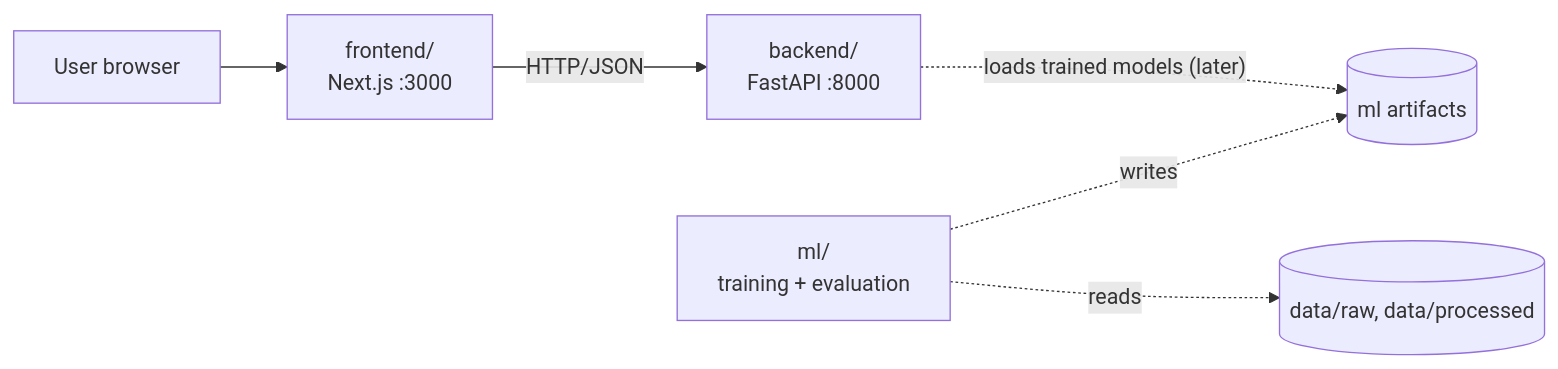
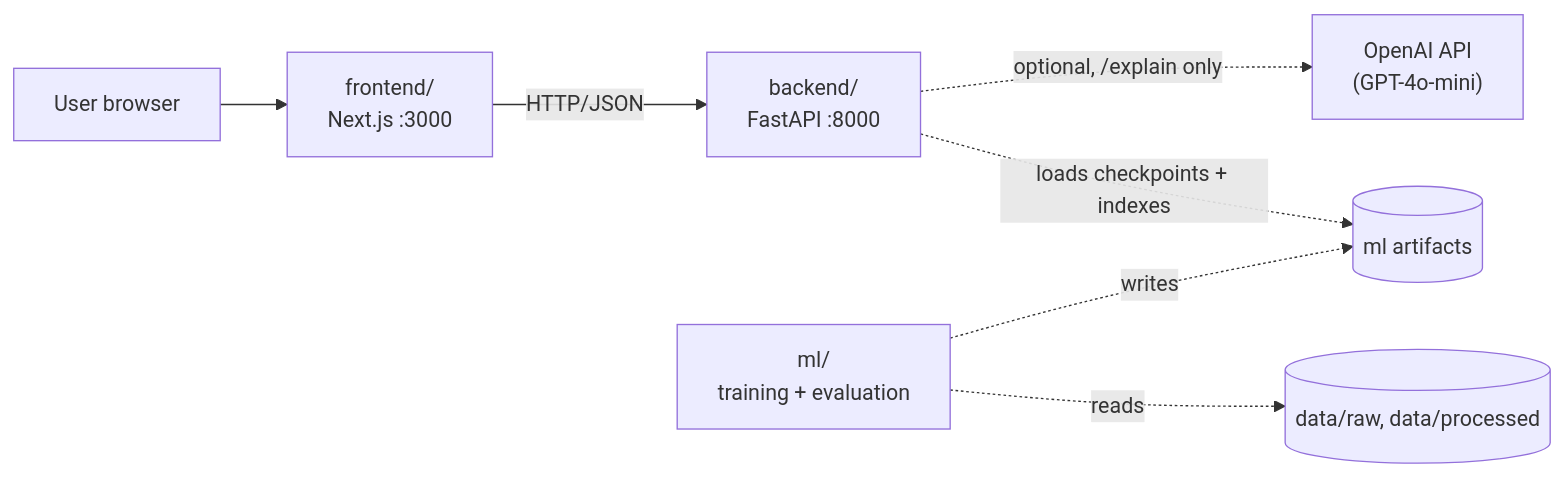
The first of 2 diagrams in docs/ARCHITECTURE.md (Vinujen1/RecallIQ-Final), drawn with Mermaid before and after one commit. The commit also changed other lines of this file and 56 other files, not shown here.

````diff
--- a/docs/ARCHITECTURE.md
+++ b/docs/ARCHITECTURE.md
@@ -9,8 +9,9 @@
 ```mermaid
 flowchart LR
     U[User browser] --> FE["frontend/<br/>Next.js :3000"]
     FE -- "HTTP/JSON" --> BE["backend/<br/>FastAPI :8000"]
-    BE -. "loads trained models (later)" .-> ART[(ml artifacts)]
+    BE -. "loads checkpoints + indexes" .-> ART[(ml artifacts)]
+    BE -. "optional, /explain only" .-> LLM["OpenAI API<br/>(GPT-4o-mini)"]
     ML["ml/<br/>training + evaluation"] -. reads .-> D[(data/raw, data/processed)]
     ML -. writes .-> ART
 ```
````
